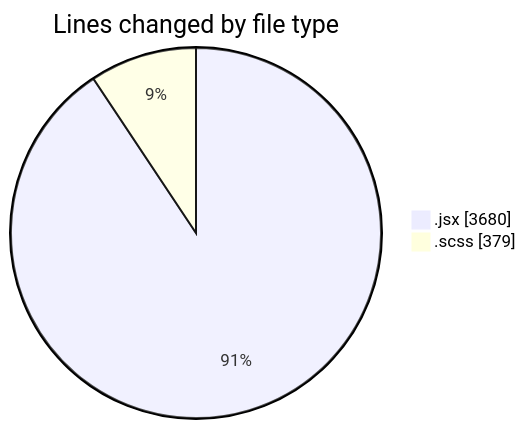
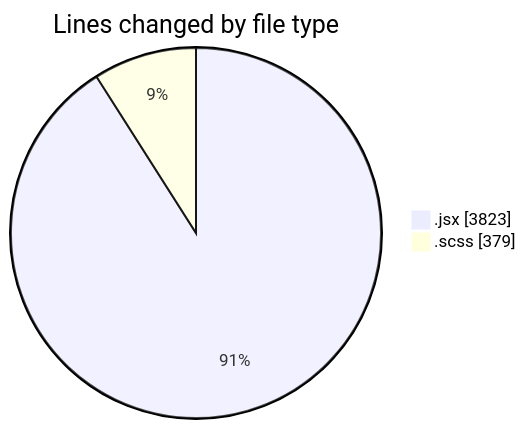
One commit to momahboobian/code-tracking changed the first of 2 diagrams in 2026-09-02/cda/README.md. Above: the diagram before and after it, drawn with Mermaid. The commit also changed other lines of this file and 1 other file, not shown here.

````diff
--- a/2026-09-02/cda/README.md
+++ b/2026-09-02/cda/README.md
@@ -42,6 +43,6 @@
 ```mermaid
 pie showData
 title Lines changed by file type
-".jsx" : 3680
+".jsx" : 3823
 ".scss" : 379
 ```
````
